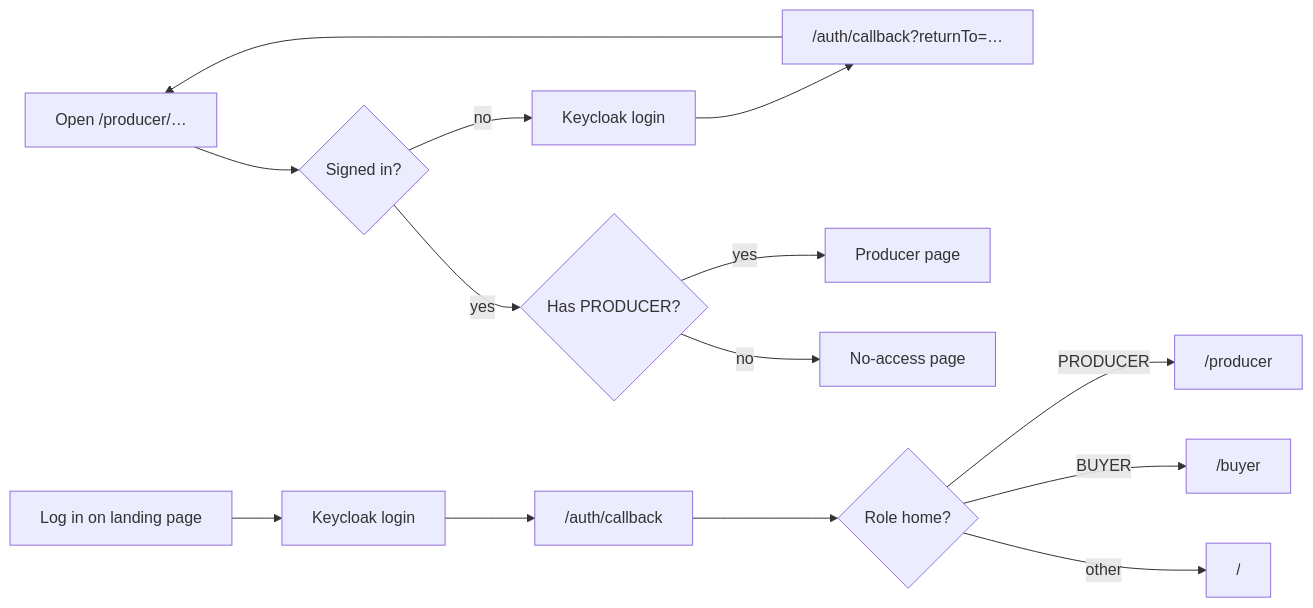
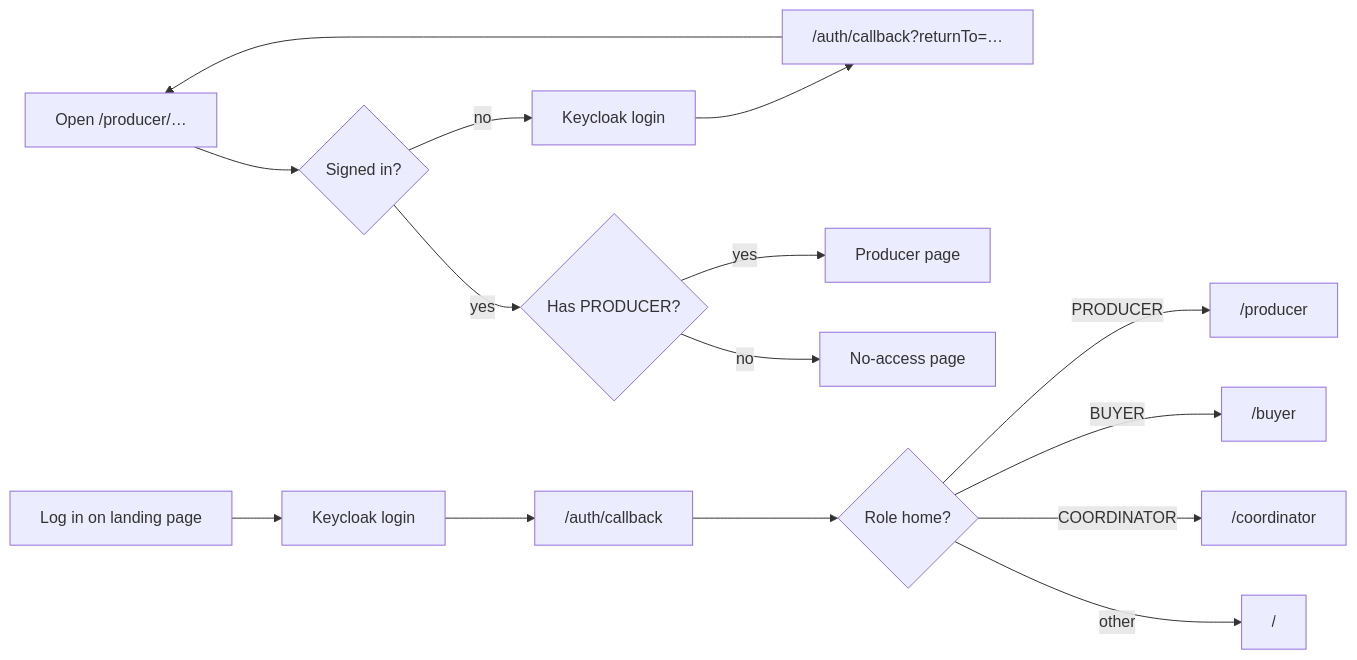
The fourth of 4 diagrams in docs/auth/README.md (DACN-Manifest-NongNh-p/agri-supply-demand-platform), drawn with Mermaid before and after one commit. The commit also changed other lines of this file and 22 other files, not shown here.

````diff
--- a/docs/auth/README.md
+++ b/docs/auth/README.md
@@ -242,12 +243,13 @@
 ```mermaid
 flowchart LR
     Visit["Open /producer/…"] --> Auth{"Signed in?"}
     Auth -- "no" --> KC["Keycloak login"] --> CB["/auth/callback?returnTo=…"] --> Visit
     Auth -- "yes" --> Role{"Has PRODUCER?"}
     Role -- "yes" --> Page["Producer page"]
     Role -- "no" --> Denied["No-access page"]
     Landing["Log in on landing page"] --> KC2["Keycloak login"] --> CB2["/auth/callback"] --> Home{"Role home?"}
     Home -- "PRODUCER" --> PH["/producer"]
     Home -- "BUYER" --> BH["/buyer"]
+    Home -- "COORDINATOR" --> CH["/coordinator"]
     Home -- "other" --> L["/"]
 ```
````
